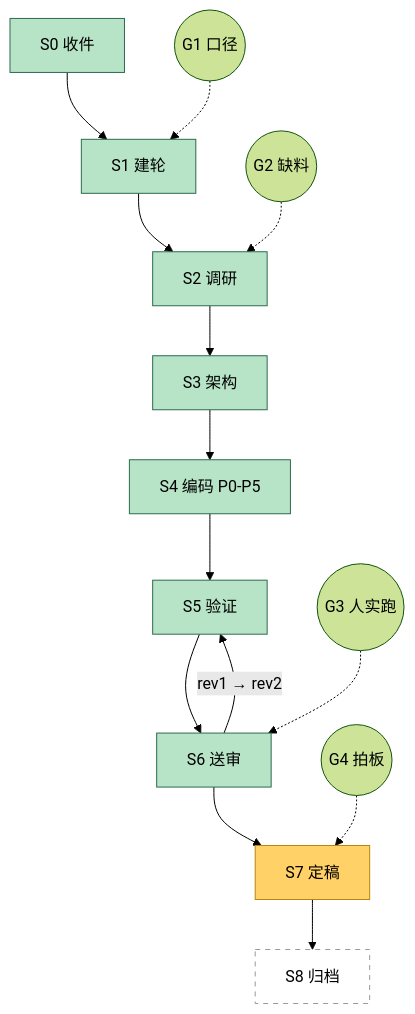
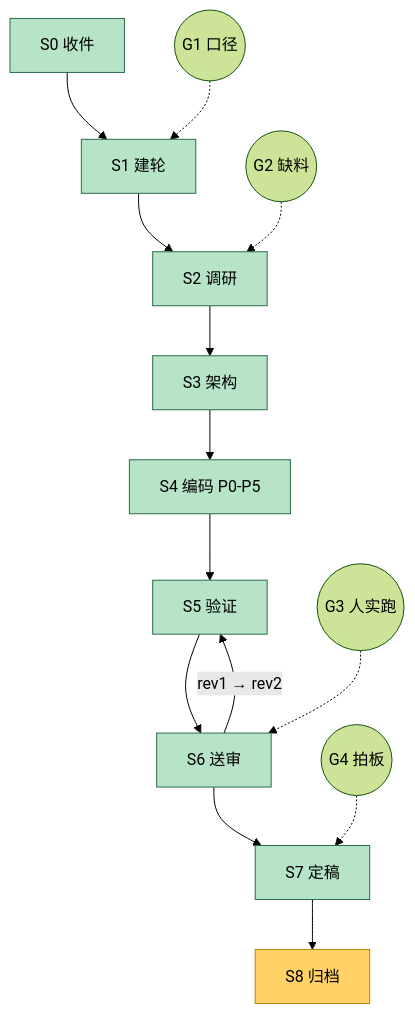
One commit to Lancelot726/jagent changed the second of 2 diagrams in loop/R1_91_progress.md. Above: the diagram before and after it, drawn with Mermaid (forest theme). The commit also changed other lines of this file and 3 other files, not shown here.

````diff
--- a/loop/R1_91_progress.md
+++ b/loop/R1_91_progress.md
@@ -22,25 +22,24 @@
 ```mermaid
 flowchart TD
     S0["S0 收件"] --> S1["S1 建轮"]
     S1 --> S2["S2 调研"]
     S2 --> S3["S3 架构"]
     S3 --> S4["S4 编码 P0-P5"]
     S4 --> S5["S5 验证"]
     S5 --> S6["S6 送审"]
     S6 -->|"rev1 → rev2"| S5
     S6 --> S7["S7 定稿"]
     S7 --> S8["S8 归档"]
 
     G1(("G1 口径")) -.-> S1
     G2(("G2 缺料")) -.-> S2
     G3(("G3 人实跑")) -.-> S6
     G4(("G4 拍板")) -.-> S7
 
     classDef done fill:#b7e4c7,stroke:#2d6a4f
     classDef cur fill:#ffd166,stroke:#b8860b
     classDef todo fill:white,stroke:#999,stroke-dasharray:5 5
 
-    class S0,S1,S2,S3,S4,S5,S6 done
-    class S7 cur
-    class S8 todo
+    class S0,S1,S2,S3,S4,S5,S6,S7 done
+    class S8 cur
 ```
````
